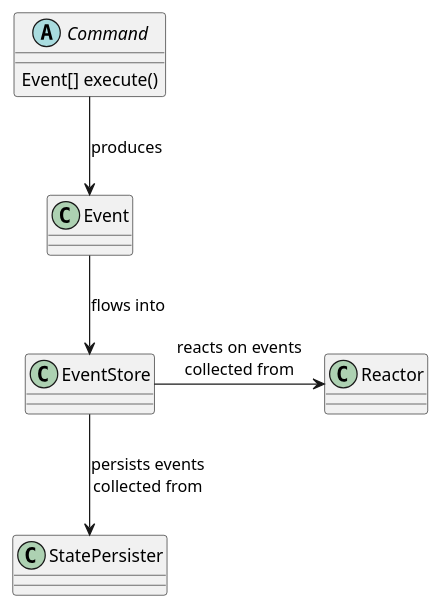
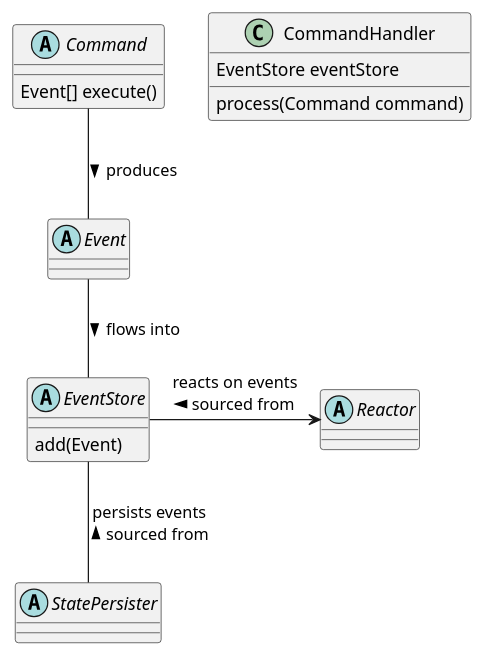
One commit to joaovicente/stories-event-driven-study changed the diagram in part2/stories/src/main/resources/domain-classes.puml. Above: the diagram before and after it, drawn with PlantUML.

Commit message:
improved class diagram

```diff
--- a/part2/stories/src/main/resources/domain-classes.puml
+++ b/part2/stories/src/main/resources/domain-classes.puml
@@ -1,17 +1,25 @@
 @startuml
 
 abstract class Command {
     Event[] execute()
 }
 
-class Event
-class EventStore
-class StatePersister
-class Reactor
+abstract class Event
+abstract class EventStore   {
+    add(Event)
+}
+abstract StatePersister
+abstract class Reactor
 
-Command -down-> Event : produces
-Event -down-> EventStore : flows into
-EventStore -down-> StatePersister : persists events\ncollected from
-EventStore -right> Reactor : reacts on events\ncollected from
+class CommandHandler {
+    EventStore eventStore
+    {method} process(Command command)
+}
+
+Command -down- Event : produces >
+Event -down- EventStore : flows into >
+EventStore -down- StatePersister : persists events\n sourced from <
+EventStore -right> Reactor : reacts on events\n sourced from <
+
 
 @enduml
```
